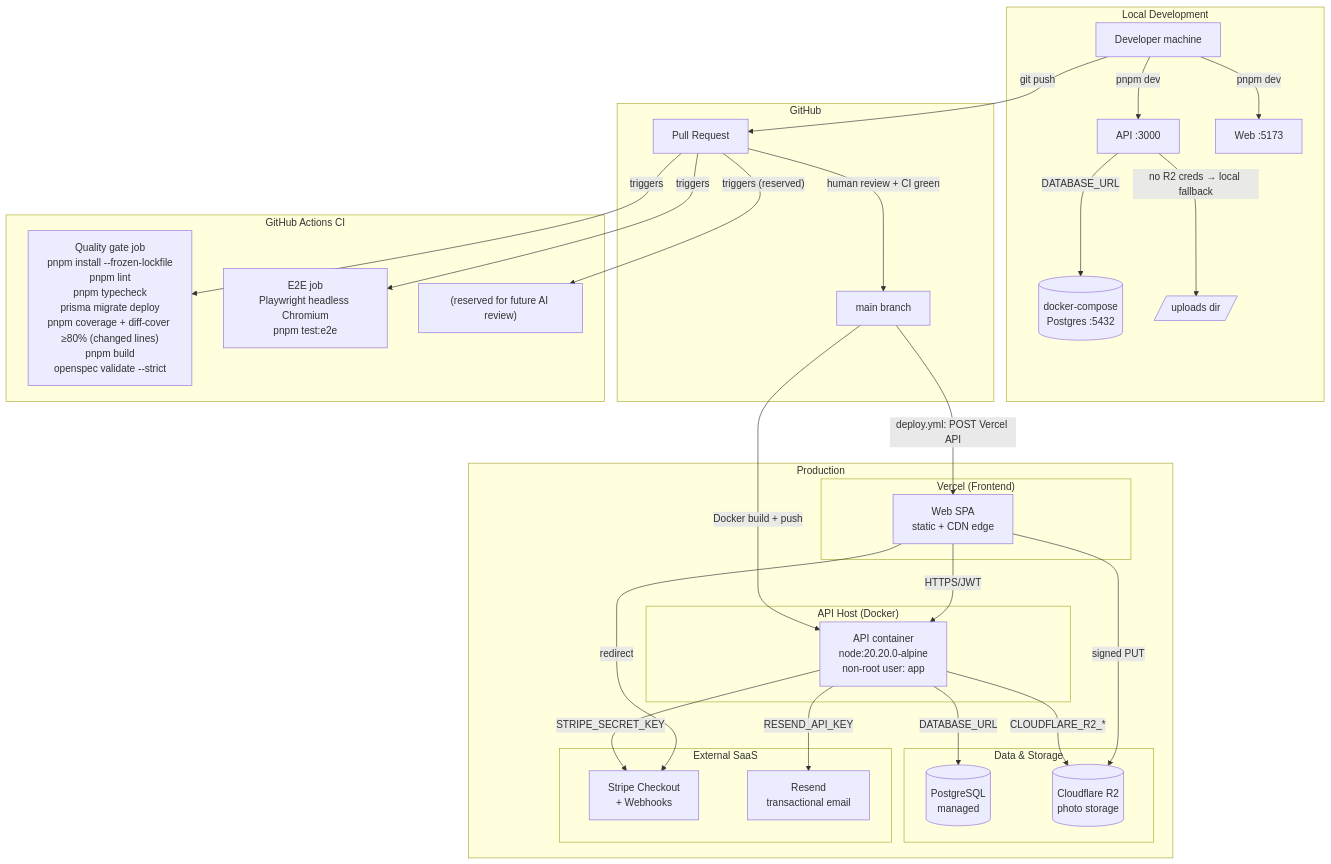
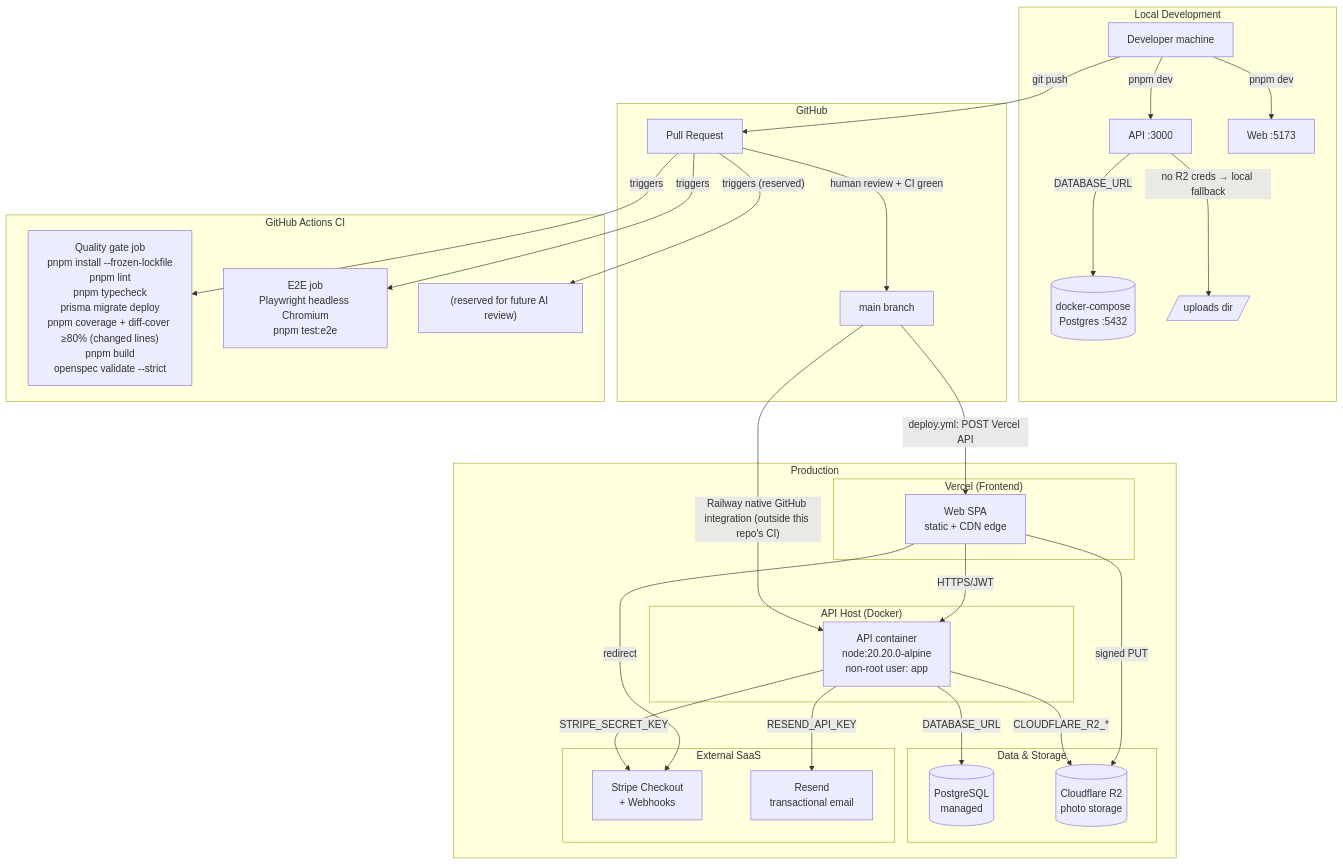
One commit to luchosr/NomadHome changed the second of 3 diagrams in README.md. Above: the diagram before and after it, drawn with Mermaid. The commit also changed other lines of this file, not shown here.

First line of the commit message:
docs: clarify API Docker deploy runs via Railway, not this repo's CI (NH-102)

````diff
--- a/README.md
+++ b/README.md
@@ -332,54 +332,54 @@
 ```mermaid
 flowchart TD
     subgraph dev["Local Development"]
         D[Developer machine]
         DC[(docker-compose\nPostgres :5432)]
         D -- pnpm dev --> API_DEV[API :3000]
         D -- pnpm dev --> WEB_DEV[Web :5173]
         API_DEV -- DATABASE_URL --> DC
         API_DEV -- no R2 creds → local fallback --> UPLOADS[/uploads dir/]
     end
 
     subgraph gh["GitHub"]
         PR[Pull Request]
         MAIN[main branch]
     end
 
     subgraph ci["GitHub Actions CI"]
         GATE["Quality gate job\npnpm install --frozen-lockfile\npnpm lint\npnpm typecheck\nprisma migrate deploy\npnpm coverage + diff-cover ≥80% (changed lines)\npnpm build\nopenspec validate --strict"]
         E2E["E2E job\nPlaywright headless Chromium\npnpm test:e2e"]
         GEMINI["(reserved for future AI review)"]
     end
 
     subgraph prod["Production"]
         subgraph vercel["Vercel (Frontend)"]
             WEB_PROD[Web SPA\nstatic + CDN edge]
         end
         subgraph api_host["API Host (Docker)"]
             API_PROD[API container\nnode:20.20.0-alpine\nnon-root user: app]
         end
         subgraph data["Data & Storage"]
             PG[(PostgreSQL\nmanaged)]
             R2[(Cloudflare R2\nphoto storage)]
         end
         subgraph ext["External SaaS"]
             STRIPE[Stripe Checkout\n+ Webhooks]
             RESEND[Resend\ntransactional email]
         end
     end
 
     D -- git push --> PR
     PR -- triggers --> GATE
     PR -- triggers --> E2E
     PR -- triggers (reserved) --> GEMINI
     PR -- human review + CI green --> MAIN
     MAIN -- deploy.yml: POST Vercel API --> WEB_PROD
-    MAIN -- Docker build + push --> API_PROD
+    MAIN -- Railway native GitHub integration (outside this repo's CI) --> API_PROD
     API_PROD -- DATABASE_URL --> PG
     API_PROD -- CLOUDFLARE_R2_* --> R2
     API_PROD -- STRIPE_SECRET_KEY --> STRIPE
     API_PROD -- RESEND_API_KEY --> RESEND
     WEB_PROD -- HTTPS/JWT --> API_PROD
     WEB_PROD -- signed PUT --> R2
     WEB_PROD -- redirect --> STRIPE
 ```
````
